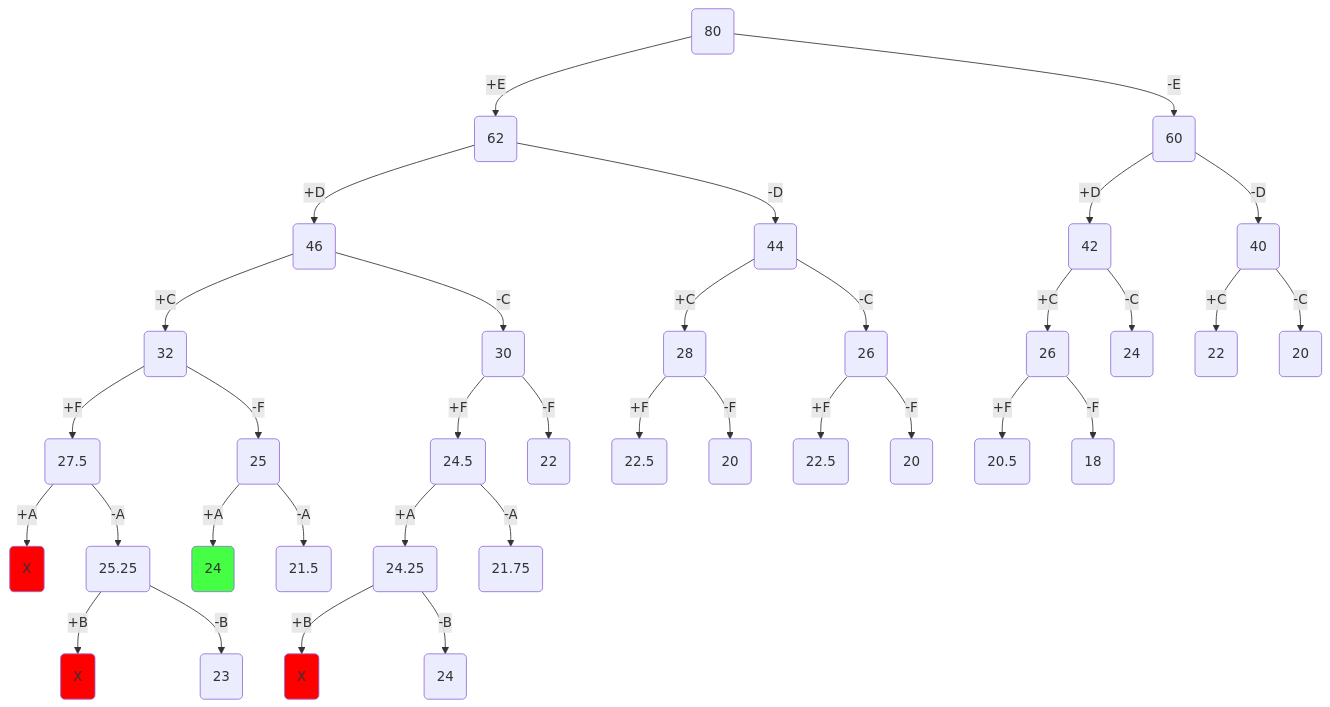
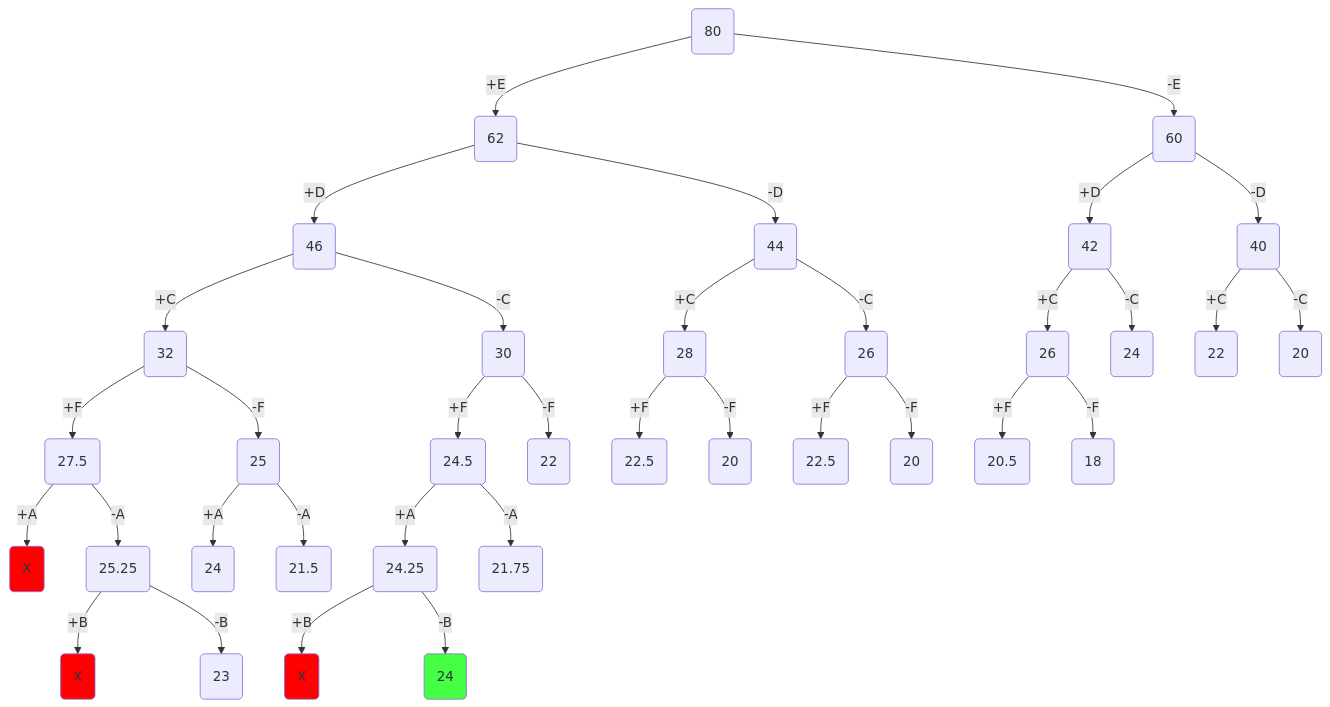
One commit to algos-ris-24-5/manual-tasks changed diagram 17 of 17 in Задание 12/pedigree.md. Above: the diagram before and after it, drawn with Mermaid. The commit also changed other lines of this file, not shown here.

````diff
--- a/Задание 12/pedigree.md
+++ b/Задание 12/pedigree.md
@@ -642,42 +642,42 @@
 ``` mermaid
 flowchart TD
 A(80) -- +E --> B(62)
 A -- -E --> C(60)
 B -- +D --> D(46)
 B -- -D --> E(44)
 C -- +D --> F(42)
 C -- -D --> G(40)
 D -- +C --> H(32)
 D -- -C --> I(30)
 E -- +C --> J(28)
 E -- -C --> K(26)
 F -- +C --> L(26)
 F -- -C --> M(24)
 G -- +C --> N(22)
 G -- -C --> O(20)
 H -- +F --> P(27.5)
 H -- -F --> Q(25)
 I -- +F --> R(24.5)
 I -- -F --> S(22)
 J -- +F --> T(22.5)
 J -- -F --> U(20)
 P -- +A --> V(X)
 P -- -A --> W(25.25)
 L -- +F --> L1(20.5)
 L -- -F --> L2(18)
 K -- +F --> K1(22.5)
 K -- -F --> K2(20)
 W -- +B --> X1(X)
 W -- -B --> Y(23)
 Q -- +A --> Q1(24)
 Q -- -A --> Q2(21.5)
 R -- +A --> R1(24.25)
 R -- -A --> R2(21.75)
 R1 -- +B --> R1_1(X)
 R1 -- -B --> R1_2(24)
 
-style Q1 fill:#4f4f
+style R1_2 fill:#4f4f
 style V fill:#FF0000
 style X1 fill:#FF0000
 style R1_1 fill:#FF0000
 ```
````
